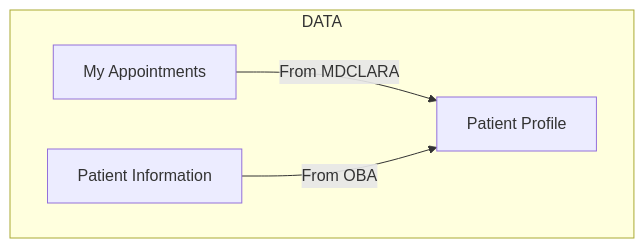
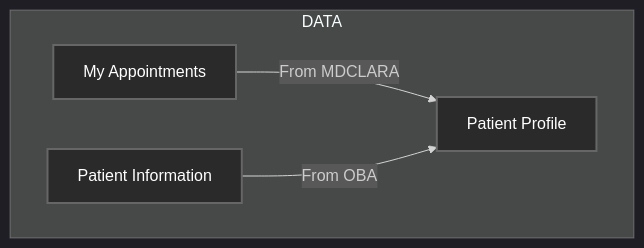
One commit to MOHAMEDHESMAM8/obahealthclub changed the fifth of 5 diagrams in index.md. Above: the diagram before and after it, drawn with Mermaid. The commit also changed other lines of this file, not shown here.

````diff
--- a/index.md
+++ b/index.md
@@ -104,7 +119,11 @@
 ```mermaid
+%%{init: {'theme': 'dark'}}%%
 graph TD
     subgraph "DATA"
         A[My Appointments] -->|From MDCLARA| E[Patient Profile]
         D[Patient Information] -->|From OBA| E[Patient Profile]
     end
+    style A fill:#2A2A2A,stroke:#666,stroke-width:2px,color:#fff
+    style D fill:#2A2A2A,stroke:#666,stroke-width:2px,color:#fff
+    style E fill:#2A2A2A,stroke:#666,stroke-width:2px,color:#fff
 ```
````
